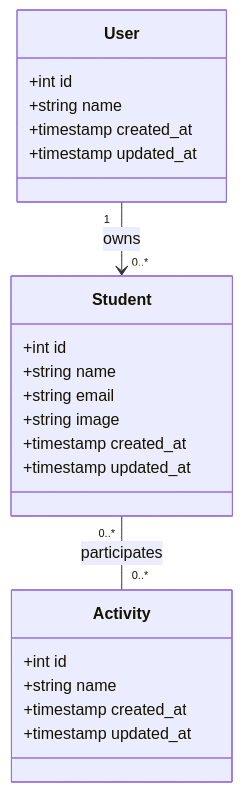
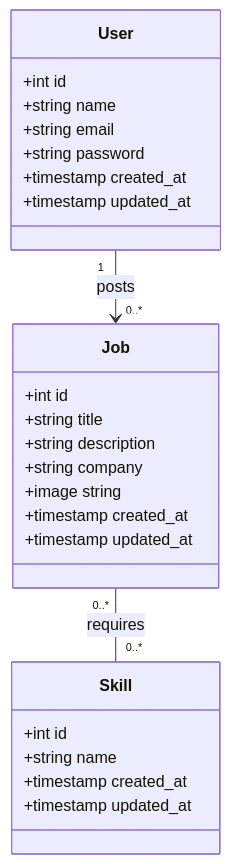
Before and after one commit to Adnane-x87/Projet-technique: the diagram in Conception/diagramme-class.mmd, drawn with Mermaid. The commit also changed 4 other files, not shown here.

```diff
--- a/Conception/diagramme-class.mmd
+++ b/Conception/diagramme-class.mmd
@@ -1,27 +1,30 @@
 classDiagram
 
 class User {
+    +int id
+    +string name
+    +string email
+    +string password
+    +timestamp created_at
+    +timestamp updated_at
+}
+
+class Job {
+    +int id
+    +string title
+    +string description
+    +string company
+    +image string
+    +timestamp created_at
+    +timestamp updated_at
+}
+
+class Skill {
     +int id
     +string name
     +timestamp created_at
     +timestamp updated_at
 }
 
-class Student {
-    +int id
-    +string name
-    +string email
-    +string image
-    +timestamp created_at
-    +timestamp updated_at
-}
-
-class Activity {
-    +int id
-    +string name
-    +timestamp created_at
-    +timestamp updated_at
-}
-
-User "1" --> "0..*" Student : owns
-Student "0..*" -- "0..*" Activity : participates
+User "1" --> "0..*" Job : posts
+Job "0..*" -- "0..*" Skill : requires
```
